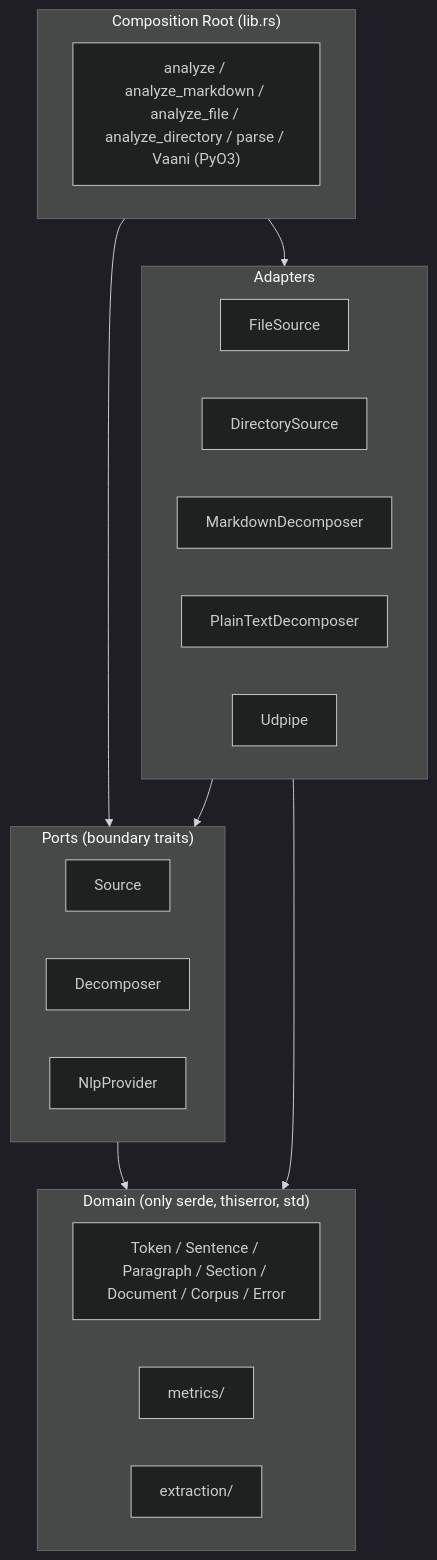
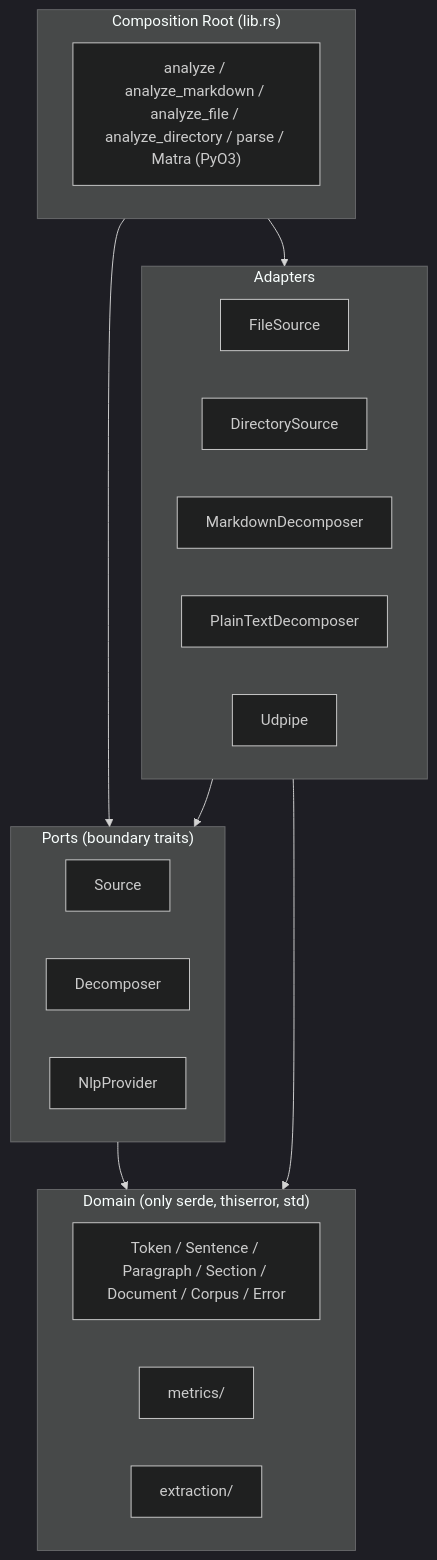
Before and after one commit to mox-labs/matra: the first of 2 diagrams in .claude/arch/architecture.md, drawn with Mermaid (dark theme). The commit also changed other lines of this file and 78 other files, not shown here.

````diff
--- a/.claude/arch/architecture.md
+++ b/.claude/arch/architecture.md
@@ -7,32 +7,32 @@
 ```mermaid
 flowchart TB
     subgraph composition["Composition Root (lib.rs)"]
-        engine["analyze / analyze_markdown / analyze_file / analyze_directory / parse / Vaani (PyO3)"]
+        engine["analyze / analyze_markdown / analyze_file / analyze_directory / parse / Matra (PyO3)"]
     end
 
     subgraph ports["Ports (boundary traits)"]
         src[Source]
         dec[Decomposer]
         nlp[NlpProvider]
     end
 
     subgraph adapters["Adapters"]
         fs[FileSource]
         ds[DirectorySource]
         md[MarkdownDecomposer]
         pt[PlainTextDecomposer]
         ud[Udpipe]
     end
 
     subgraph domain["Domain (only serde, thiserror, std)"]
         types["Token / Sentence / Paragraph / Section / Document / Corpus / Error"]
         metrics[metrics/]
         extraction[extraction/]
     end
 
     composition --> ports
     ports --> domain
     adapters --> ports
     adapters --> domain
     composition --> adapters
 ```
````
